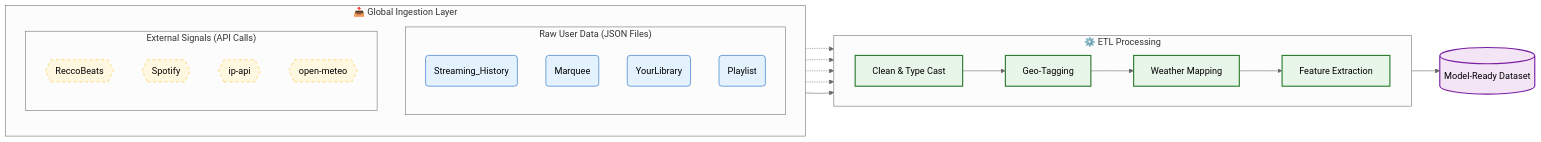
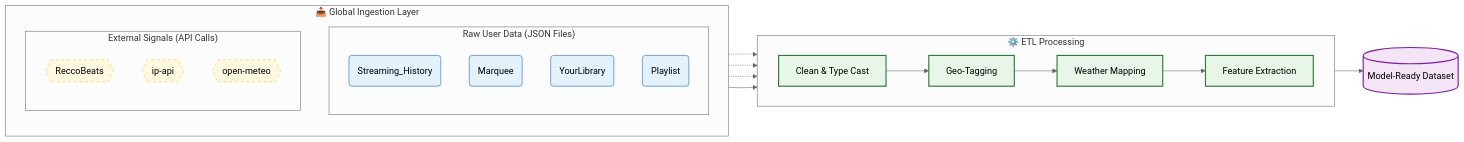
Before and after one commit to Laurente64/spotify-data-science: the diagram in README.md, drawn with Mermaid (neutral theme).

Commit message:
Remove Spotify API from External Signals diagram

````diff
--- a/README.md
+++ b/README.md
@@ -43,56 +43,55 @@
 ```mermaid
 graph LR
     %% --- Styles ---
     classDef file fill:#e3f2fd,stroke:#1565c0,stroke-width:1px,rx:5,ry:5;
     classDef api fill:#fff8e1,stroke:#fbc02d,stroke-width:1px,stroke-dasharray: 5 5;
     classDef step fill:#e8f5e9,stroke:#2e7d32,stroke-width:2px;
     classDef db fill:#f3e5f5,stroke:#7b1fa2,stroke-width:2px;
 
     %% --- MAIN PARENT SUBGRAPH (Forces Vertical Alignment) ---
     subgraph Ingestion_Layer ["📥 Global Ingestion Layer"]
         direction TB  %% Stacks the inner boxes Top-to-Bottom
         
         subgraph Sources ["Raw User Data (JSON Files)"]
             direction TB
             A(Streaming_History):::file
             B(Marquee):::file
             C(YourLibrary):::file
             D(Playlist):::file
         end
 
         subgraph External ["External Signals (API Calls)"]
             direction TB
             E{{ReccoBeats}}:::api
-            F{{Spotify}}:::api
             G{{ip-api}}:::api
             H{{open-meteo}}:::api
         end
     end
 
     %% --- Processing Pipeline ---
     subgraph ETL ["⚙️ ETL Processing"]
         direction LR
         P1[Clean & Type Cast]:::step
         P2[Geo-Tagging]:::step
         P3[Weather Mapping]:::step
         P4[Feature Extraction]:::step
     end
 
     %% --- Output ---
     Z[(Model-Ready Dataset)]:::db
 
     %% --- Connections ---
     %% Files flow into Cleaning
     Sources --> P1
     
     %% Main Pipeline Flow
     P1 --> P2
     P2 --> P3
     P3 --> P4
     P4 --> Z
 
     %% API Injections (Using dotted lines)
     G -.-> P2
     H -.-> P3
-    E & F -.-> P4
+    E -.-> P4
 ```
````
